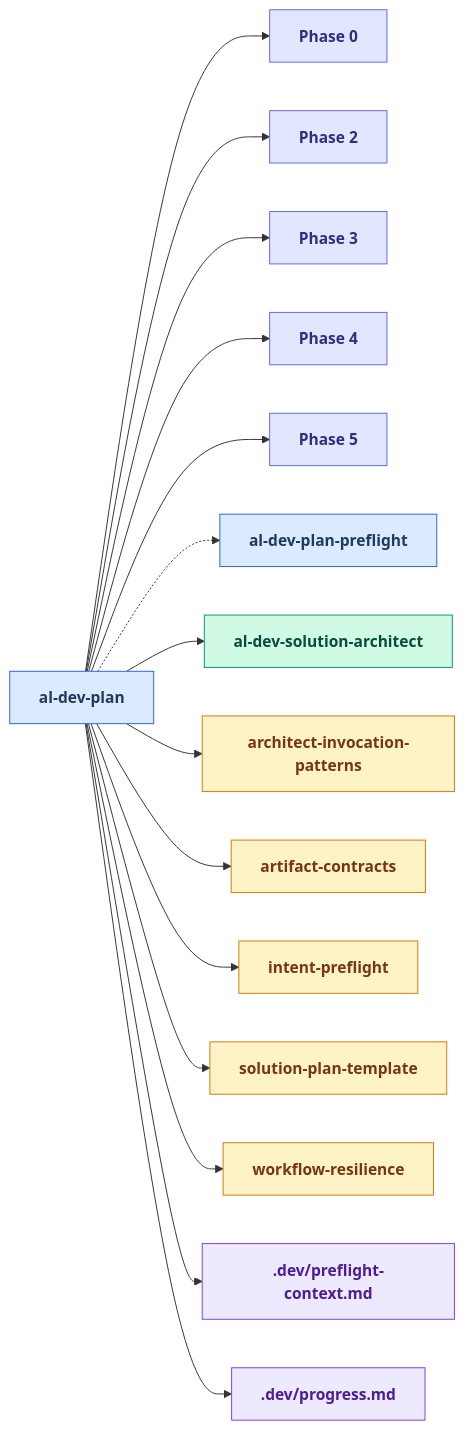
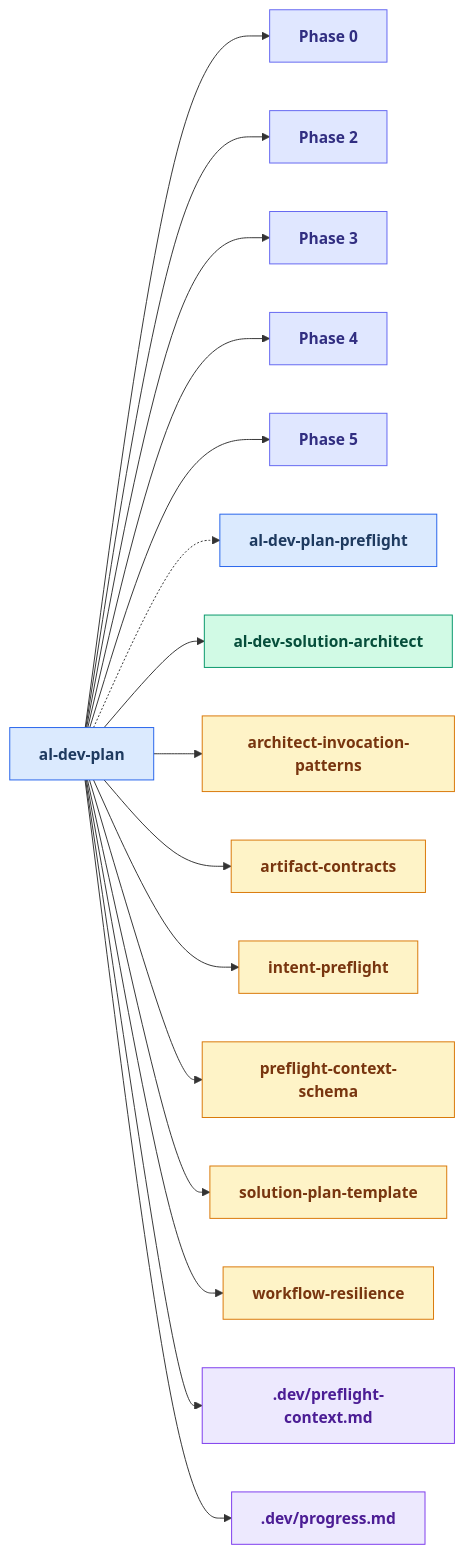
One commit to russell-laing/al-dev-shared changed the sixth of 24 diagrams in docs/al-dev-skills-map.md. Above: the diagram before and after it, drawn with Mermaid. The commit also changed other lines of this file and 3 other files, not shown here.

````diff
--- a/docs/al-dev-skills-map.md
+++ b/docs/al-dev-skills-map.md
@@ -293,55 +296,58 @@
 ```mermaid
 flowchart LR
     classDef skillNode fill:#dbeafe,stroke:#2563eb,color:#1e3a5f,font-weight:bold
     classDef agentNode fill:#d1fae5,stroke:#059669,color:#064e3b,font-weight:bold
     classDef knowledgeNode fill:#fef3c7,stroke:#d97706,color:#78350f,font-weight:bold
     classDef artifactNode fill:#ede9fe,stroke:#7c3aed,color:#4c1d95,font-weight:bold
     classDef phaseNode fill:#e0e7ff,stroke:#6366f1,color:#312e81,font-weight:bold
 
     skill_al_dev_plan[al-dev-plan]
     Phase0["Phase 0"]
     Phase2["Phase 2"]
     Phase3["Phase 3"]
     Phase4["Phase 4"]
     Phase5["Phase 5"]
     skill_al_dev_plan_preflight[al-dev-plan-preflight]
     agent_al_dev_solution_architect[al-dev-solution-architect]
     knowledge_architect_invocation_patterns_md[architect-invocation-patterns]
     knowledge_artifact_contracts_md[artifact-contracts]
     knowledge_intent_preflight_md[intent-preflight]
+    knowledge_preflight_context_schema_md[preflight-context-schema]
     knowledge_solution_plan_template_md[solution-plan-template]
     knowledge_workflow_resilience_md[workflow-resilience]
     artifact_preflight_context_md[.dev/preflight-context.md]
     artifact_progress_md[.dev/progress.md]
 
     skill_al_dev_plan --> Phase0
     skill_al_dev_plan --> Phase2
     skill_al_dev_plan --> Phase3
     skill_al_dev_plan --> Phase4
     skill_al_dev_plan --> Phase5
     skill_al_dev_plan -.-> skill_al_dev_plan_preflight
     skill_al_dev_plan --> agent_al_dev_solution_architect
     skill_al_dev_plan --> knowledge_architect_invocation_patterns_md
     skill_al_dev_plan --> knowledge_artifact_contracts_md
     skill_al_dev_plan --> knowledge_intent_preflight_md
+    skill_al_dev_plan --> knowledge_preflight_context_schema_md
     skill_al_dev_plan --> knowledge_solution_plan_template_md
     skill_al_dev_plan --> knowledge_workflow_resilience_md
     skill_al_dev_plan --> artifact_preflight_context_md
     skill_al_dev_plan --> artifact_progress_md
 
     class skill_al_dev_plan skillNode
     class Phase0 phaseNode
     class Phase2 phaseNode
     class Phase3 phaseNode
     class Phase4 phaseNode
     class Phase5 phaseNode
     class skill_al_dev_plan_preflight skillNode
     class agent_al_dev_solution_architect agentNode
     class knowledge_architect_invocation_patterns_md knowledgeNode
     class knowledge_artifact_contracts_md knowledgeNode
     class knowledge_intent_preflight_md knowledgeNode
+    class knowledge_preflight_context_schema_md knowledgeNode
     class knowledge_solution_plan_template_md knowledgeNode
     class knowledge_workflow_resilience_md knowledgeNode
     class artifact_preflight_context_md artifactNode
     class artifact_progress_md artifactNode
 ```
````
